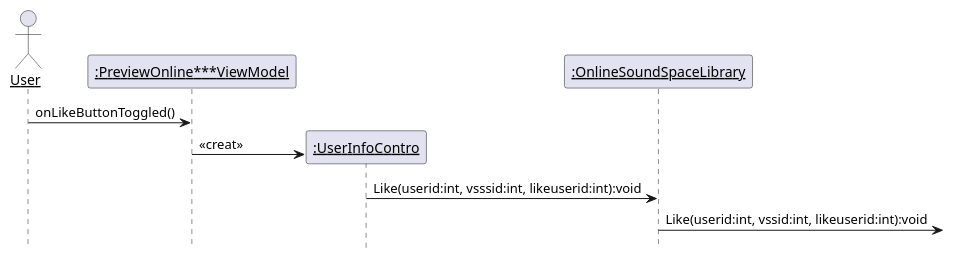
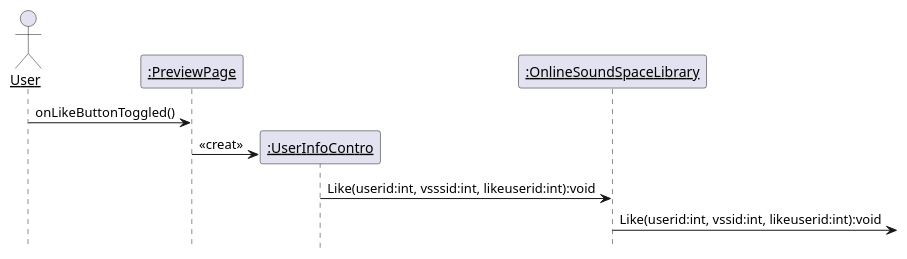
Before and after one commit to kpp19920121/doc: diagram 18 of 39 in 设计/顺序图.md, drawn with PlantUML. The commit also changed other lines of this file and 1 other file, not shown here.

Commit message:
改进顺序图与类图一致

````diff
--- a/设计/顺序图.md
+++ b/设计/顺序图.md
@@ -648,17 +643,17 @@
 ```PlantUML
 @startuml Diagrams/LikeVSS
 hide footbox
 skinparam sequenceParticipant underline
 actor User as user
-participant ":PreviewOnline***ViewModel" as viewModel
+participant ":PreviewPage" as viewModel
 participant ":UserInfoContro" as info
 participant ":OnlineSoundSpaceLibrary" as library
 
 user -> viewModel: onLikeButtonToggled()
 create info
 viewModel->info:<<creat>>
 info->library:Like(userid:int, vsssid:int, likeuserid:int):void
 library->:Like(userid:int, vssid:int, likeuserid:int):void
 
 @enduml
 ```
````
